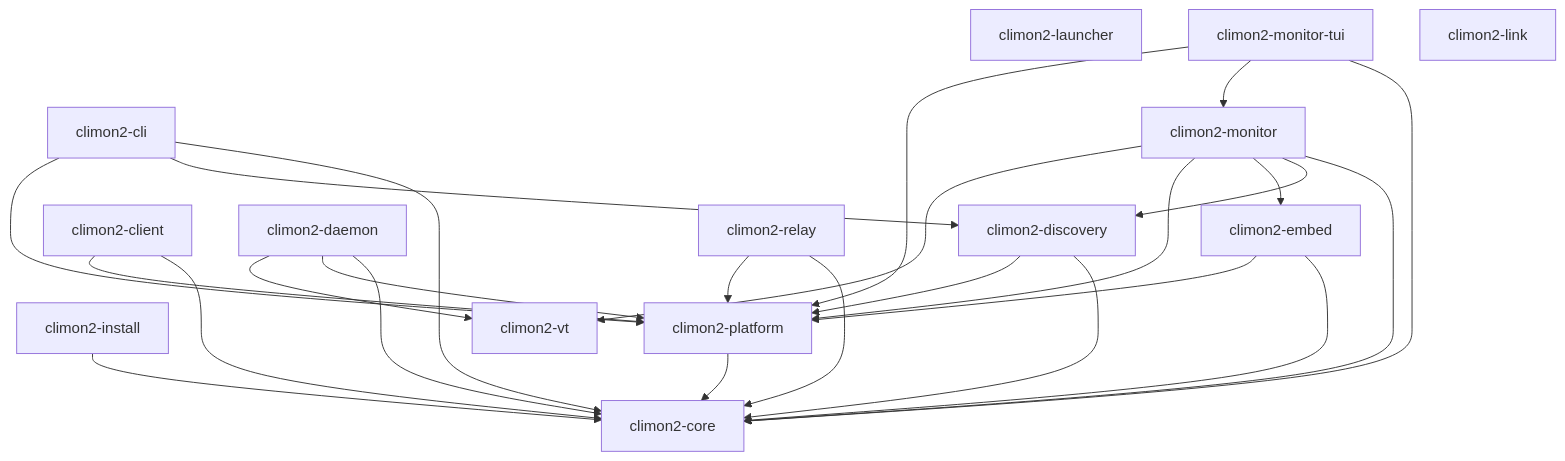
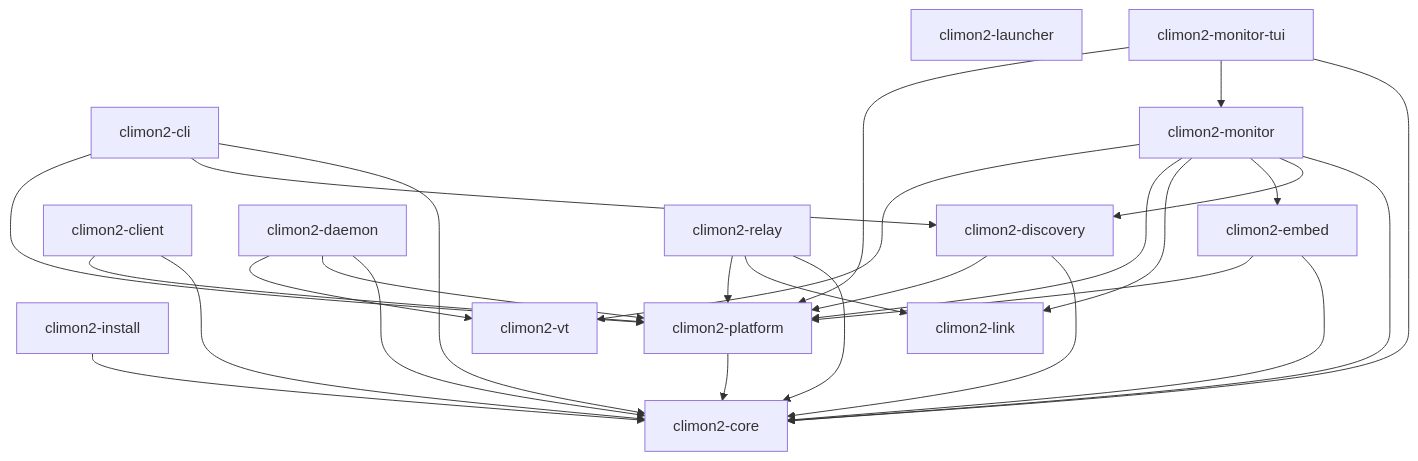
The first of 3 diagrams in docs/for-humans/architecture/crate-relationships.md (jackgeek/climon2), drawn with Mermaid before and after one commit. The commit also changed other lines of this file and 10 other files, not shown here.

````diff
--- a/docs/for-humans/architecture/crate-relationships.md
+++ b/docs/for-humans/architecture/crate-relationships.md
@@ -15,42 +14,44 @@
 ```mermaid
 flowchart TB
     launcher["climon2-launcher"]
     cli["climon2-cli"]
     discovery["climon2-discovery"]
     client["climon2-client"]
     daemon["climon2-daemon"]
     install["climon2-install"]
     tui["climon2-monitor-tui"]
     monitor["climon2-monitor"]
     embed["climon2-embed"]
     relay["climon2-relay"]
     platform["climon2-platform"]
     core["climon2-core"]
     vt["climon2-vt"]
     link["climon2-link"]
 
     cli --> core
     cli --> discovery
     cli --> platform
     discovery --> core
     discovery --> platform
     client --> core
     client --> platform
     daemon --> core
     daemon --> platform
     daemon --> vt
     install --> core
     embed --> core
     embed --> platform
     monitor --> core
     monitor --> discovery
     monitor --> embed
+    monitor --> link
     monitor --> platform
     monitor --> vt
     relay --> core
+    relay --> link
     relay --> platform
     tui --> core
     tui --> monitor
     tui --> platform
     platform --> core
 ```
````
